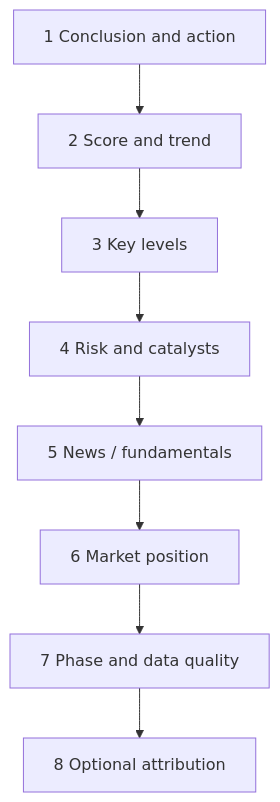
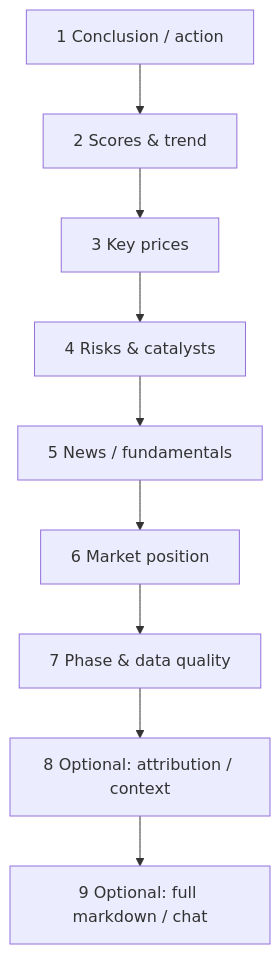
One commit to SiinXu/stock-pulse-ai changed the diagram in docs/ui-manual/08-reading-reports_EN.md. Above: the diagram before and after it, drawn with Mermaid. The commit also changed other lines of this file and 32 other files, not shown here.

````diff
--- a/docs/ui-manual/08-reading-reports_EN.md
+++ b/docs/ui-manual/08-reading-reports_EN.md
@@ -11,10 +35,11 @@
 ```mermaid
 flowchart TD
-  A[1 Conclusion and action] --> B[2 Score and trend]
-  B --> C[3 Key levels]
-  C --> D[4 Risk and catalysts]
+  A[1 Conclusion / action] --> B[2 Scores & trend]
+  B --> C[3 Key prices]
+  C --> D[4 Risks & catalysts]
   D --> E[5 News / fundamentals]
   E --> F[6 Market position]
-  F --> G[7 Phase and data quality]
-  G --> H[8 Optional attribution]
+  F --> G[7 Phase & data quality]
+  G --> H[8 Optional: attribution / context]
+  H --> I[9 Optional: full markdown / chat]
 ```
````
